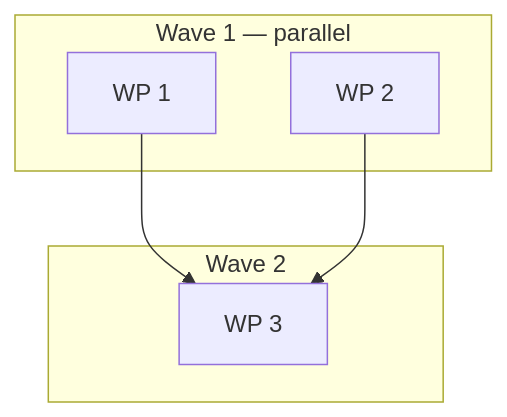
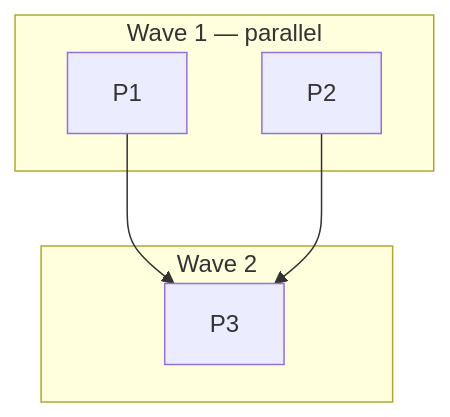
Before and after one commit to michael-herwig/arcana: the diagram in hex/hex-init/assets/templates/plan.md, drawn with Mermaid. The commit also changed other lines of this file and 63 other files, not shown here.

````diff
--- a/hex/hex-init/assets/templates/plan.md
+++ b/hex/hex-init/assets/templates/plan.md
@@ -230,12 +160,12 @@
 ```mermaid
 graph TD
     subgraph W1["Wave 1 — parallel"]
-        WP1[WP 1]
-        WP2[WP 2]
+        P1[P1]
+        P2[P2]
     end
     subgraph W2["Wave 2"]
-        WP3[WP 3]
+        P3[P3]
     end
-    WP1 --> WP3
-    WP2 --> WP3
+    P1 --> P3
+    P2 --> P3
 ```
````
